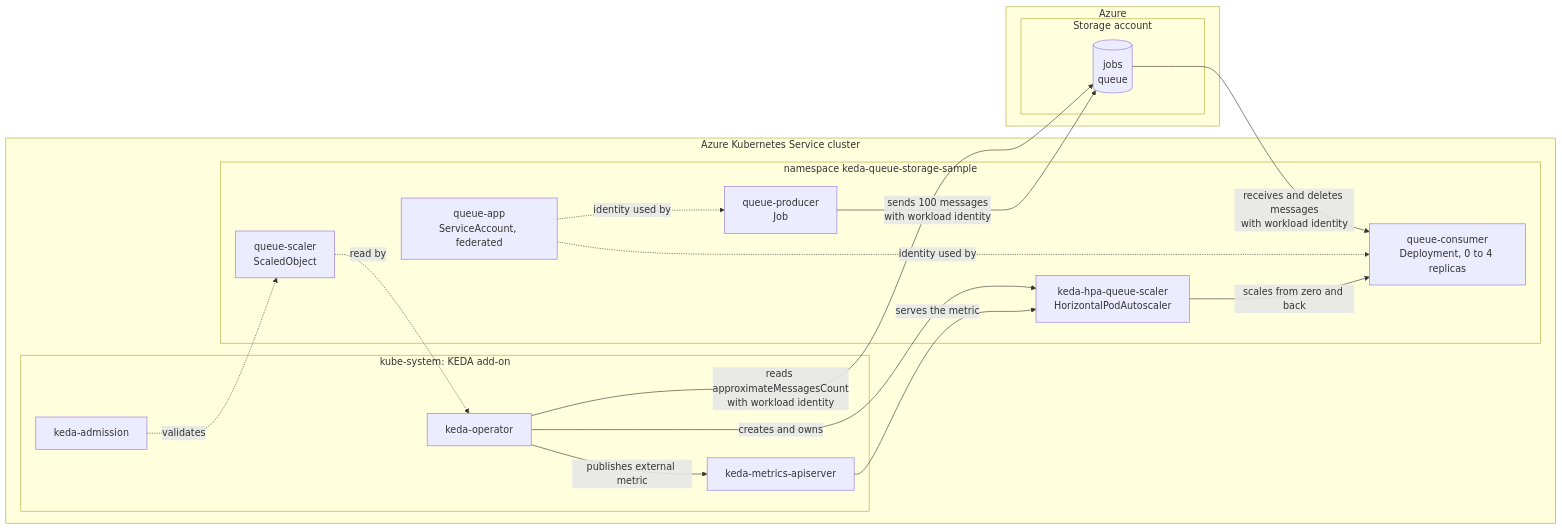
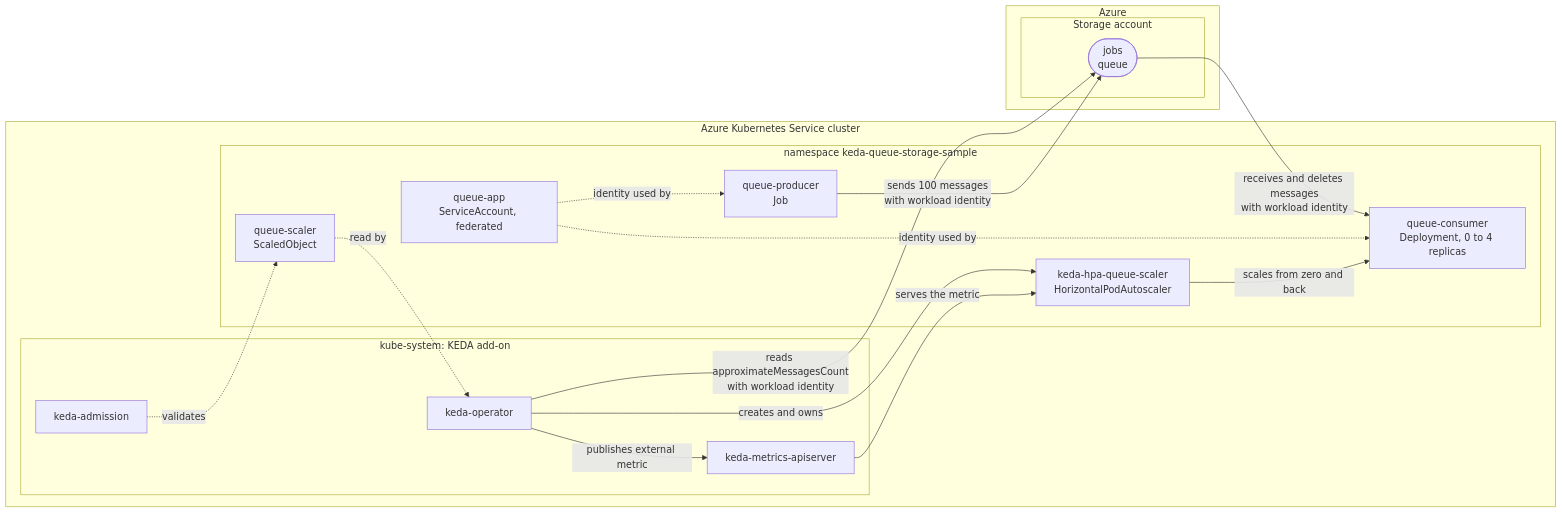
The diagram in tutorials/keda/queue-storage/README.md (localstack-samples/aks-samples), drawn with Mermaid before and after one commit. The commit also changed 2 other files, not shown here.

Commit message:
Use queue and log shapes instead of a database cylinder in the diagrams
The Service Bus queue, the storage queue and the event hub were drawn as cylinders, which is the database shape and misrepresents all three. The queues are now stadium shaped, which reads as a lane of waiting messages, the event hub is a framed box that suggests its partitions, and the checkpoint blob container is a plain box.

Re-rendered from the README blocks with mermaid and a real browser: all three still produce an SVG with every label intact.

````diff
--- a/tutorials/keda/queue-storage/README.md
+++ b/tutorials/keda/queue-storage/README.md
@@ -16,35 +16,35 @@
 ```mermaid
 flowchart LR
     subgraph aks["Azure Kubernetes Service cluster"]
         subgraph kubesystem["kube-system: KEDA add-on"]
             operator["keda-operator"]
             metrics["keda-metrics-apiserver"]
             admission["keda-admission"]
         end
         subgraph appns["namespace keda-queue-storage-sample"]
             serviceaccount["queue-app<br/>ServiceAccount, federated"]
             producer["queue-producer<br/>Job"]
             consumer["queue-consumer<br/>Deployment, 0 to 4 replicas"]
             scaledobject["queue-scaler<br/>ScaledObject"]
             hpa["keda-hpa-queue-scaler<br/>HorizontalPodAutoscaler"]
         end
     end
 
     subgraph azure["Azure"]
         subgraph account["Storage account"]
-            queue[("jobs<br/>queue")]
+            queue(["jobs<br/>queue"])
         end
     end
 
     producer -->|"sends 100 messages<br/>with workload identity"| queue
     queue -->|"receives and deletes messages<br/>with workload identity"| consumer
     operator -->|"reads approximateMessagesCount<br/>with workload identity"| queue
     serviceaccount -.->|"identity used by"| producer
     serviceaccount -.->|"identity used by"| consumer
     scaledobject -.->|"read by"| operator
     operator -->|"creates and owns"| hpa
     operator -->|"publishes external metric"| metrics
     metrics -->|"serves the metric"| hpa
     hpa -->|"scales from zero and back"| consumer
     admission -.->|"validates"| scaledobject
 ```
````
